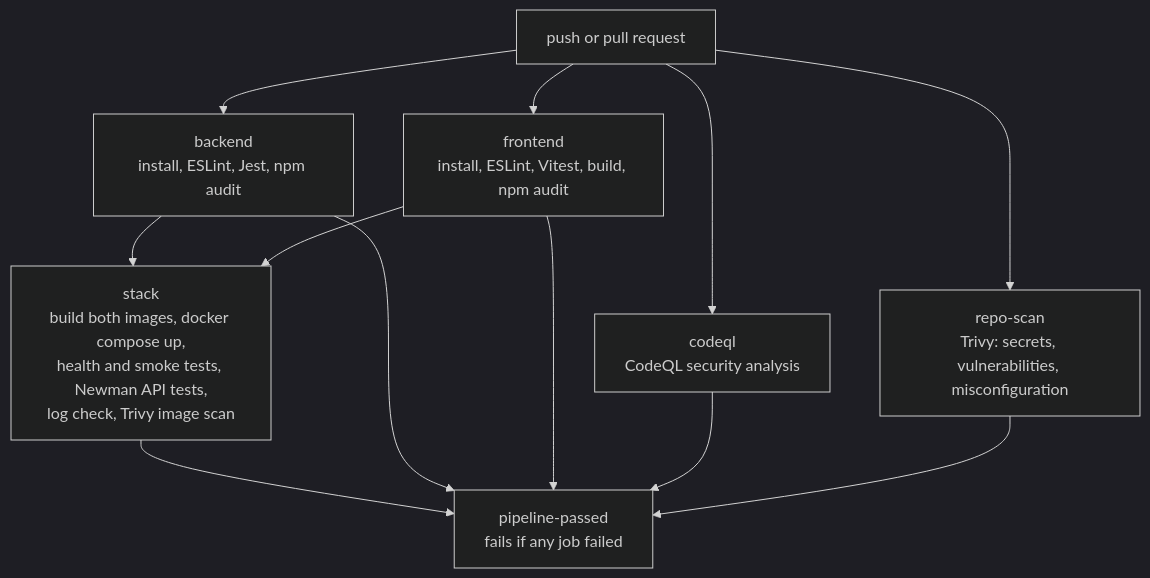
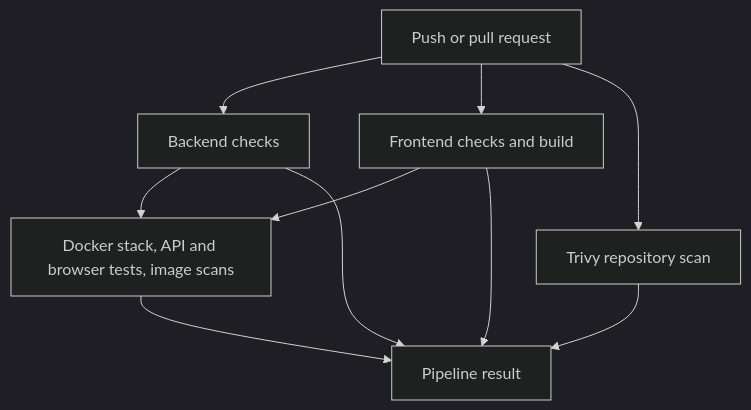
The second of 2 diagrams in README.md (ST10443021/hustlehub-plus-sonar), drawn with Mermaid (dark theme) before and after one commit. The commit also changed other lines of this file and 16 other files, not shown here.

````diff
--- a/README.md
+++ b/README.md
@@ -642,14 +642,12 @@
 ```mermaid
 flowchart TD
-    P["push or pull request"] --> B["backend<br/>install, ESLint, Jest, npm audit"]
-    P --> F["frontend<br/>install, ESLint, Vitest, build, npm audit"]
-    P --> C["codeql<br/>CodeQL security analysis"]
-    P --> R["repo-scan<br/>Trivy: secrets, vulnerabilities, misconfiguration"]
-    B --> S
-    F --> S["stack<br/>build both images, docker compose up,<br/>health and smoke tests, Newman API tests,<br/>log check, Trivy image scan"]
-    S --> G["pipeline-passed<br/>fails if any job failed"]
-    B --> G
+    P["Push or pull request"] --> B["Backend checks"]
+    P --> F["Frontend checks and build"]
+    P --> R["Trivy repository scan"]
+    B --> S["Docker stack, API and browser tests, image scans"]
+    F --> S
+    B --> G["Pipeline result"]
     F --> G
-    C --> G
     R --> G
+    S --> G
 ```
````
